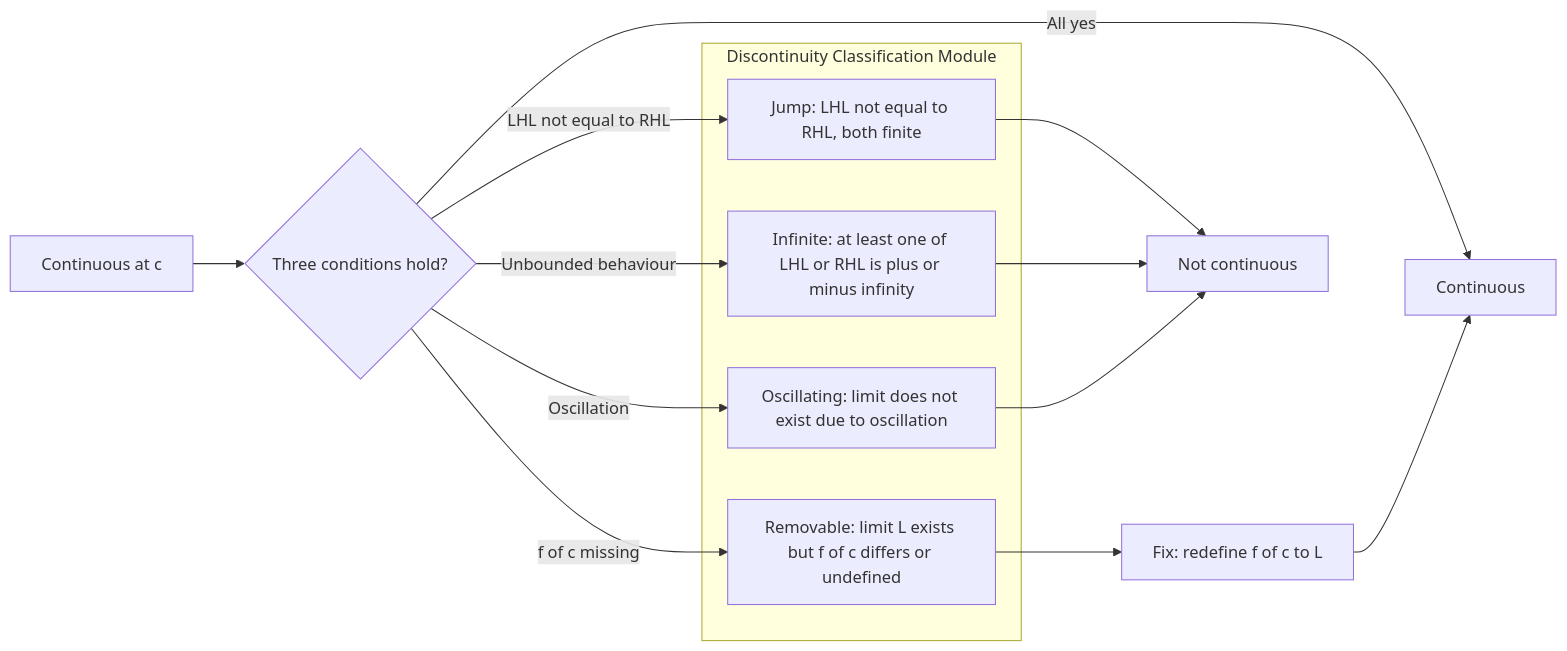
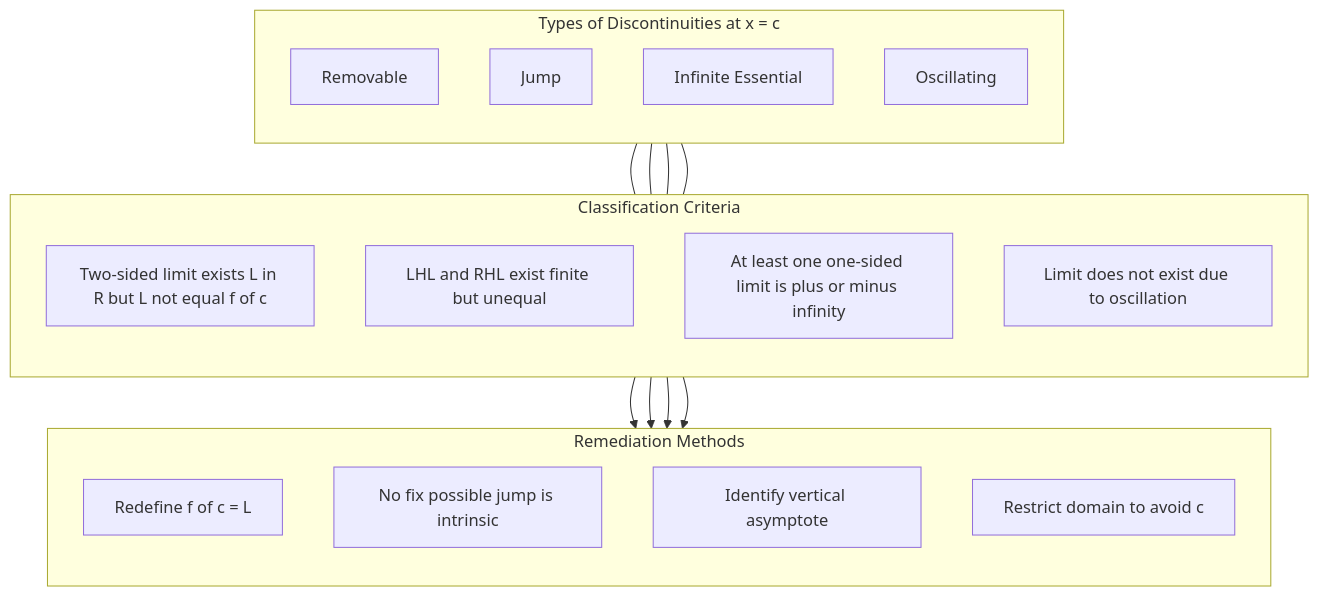
The third of 3 diagrams in public/notes/computer-science-and-engineering/semester-1/gamat101-mathematics-for-information-science-1/01-module-1-limits-of-function-values/continuous-functions/notes.md (vishnuu-kr/ktunode), drawn with Mermaid before and after one commit. The commit also changed other lines of this file and 4829 other files, not shown here.

````diff
--- a/public/notes/computer-science-and-engineering/semester-1/gamat101-mathematics-for-information-science-1/01-module-1-limits-of-function-values/continuous-functions/notes.md
+++ b/public/notes/computer-science-and-engineering/semester-1/gamat101-mathematics-for-information-science-1/01-module-1-limits-of-function-values/continuous-functions/notes.md
@@ -393,20 +562,36 @@
 ```mermaid
-flowchart LR
-    subgraph DiscontinuityModule [Discontinuity Classification Module]
-        D1[Removable: limit L exists but f of c differs or undefined]
-        D2[Jump: LHL not equal to RHL, both finite]
-        D3[Infinite: at least one of LHL or RHL is plus or minus infinity]
-        D4[Oscillating: limit does not exist due to oscillation]
+flowchart TB
+    subgraph Discontinuities[Types of Discontinuities at x = c]
+        direction TB
+        D1[Removable]
+        D2[Jump]
+        D3[Infinite Essential]
+        D4[Oscillating]
     end
-    C[Continuous at c] --> Decision{Three conditions hold?}
-    Decision -- All yes --> Out1[Continuous]
-    Decision -- f of c missing --> D1
-    Decision -- LHL not equal to RHL --> D2
-    Decision -- Unbounded behaviour --> D3
-    Decision -- Oscillation --> D4
-    D1 --> Fix[Fix: redefine f of c to L]
-    Fix --> Out1
-    D2 --> Out2[Not continuous]
-    D3 --> Out2
-    D4 --> Out2
+
+    subgraph Criteria[Classification Criteria]
+        direction TB
+        K1[Two-sided limit exists L in R but L not equal f of c]
+        K2[LHL and RHL exist finite but unequal]
+        K3[At least one one-sided limit is plus or minus infinity]
+        K4[Limit does not exist due to oscillation]
+    end
+
+    subgraph Fixes[Remediation Methods]
+        direction TB
+        R1[Redefine f of c = L]
+        R2[No fix possible jump is intrinsic]
+        R3[Identify vertical asymptote]
+        R4[Restrict domain to avoid c]
+    end
+
+    D1 --- K1
+    D2 --- K2
+    D3 --- K3
+    D4 --- K4
+
+    K1 --> R1
+    K2 --> R2
+    K3 --> R3
+    K4 --> R4
 ```
````
